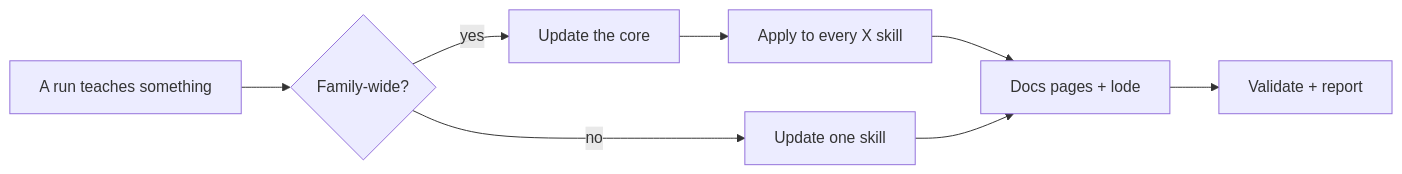
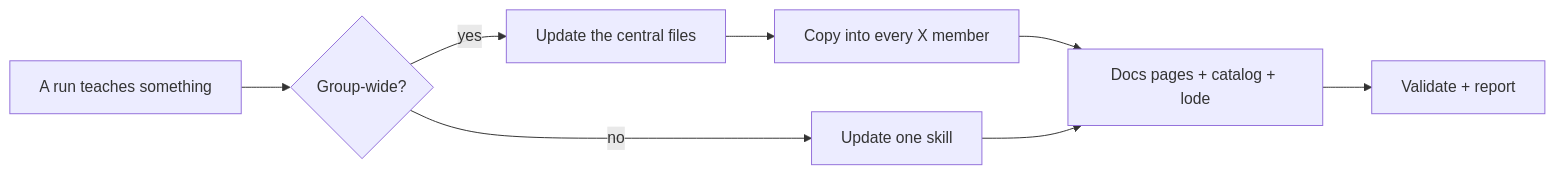
Before and after one commit to johndkane/agent-skills: the diagram in docs/skills/twitter-core.md, drawn with Mermaid. The commit also changed other lines of this file and 25 other files, not shown here.

````diff
--- a/docs/skills/twitter-core.md
+++ b/docs/skills/twitter-core.md
@@ -213,10 +228,10 @@
 ```mermaid
 flowchart LR
-    R[A run teaches something] --> Q{Family-wide?}
-    Q -- yes --> C[Update the core]
-    C --> S[Apply to every X skill]
-    S --> D[Docs pages + lode]
+    R[A run teaches something] --> Q{Group-wide?}
+    Q -- yes --> C[Update the central files]
+    C --> S[Copy into every X member]
+    S --> D[Docs pages + catalog + lode]
     D --> V[Validate + report]
     Q -- no --> K[Update one skill]
     K --> D
 ```
````
